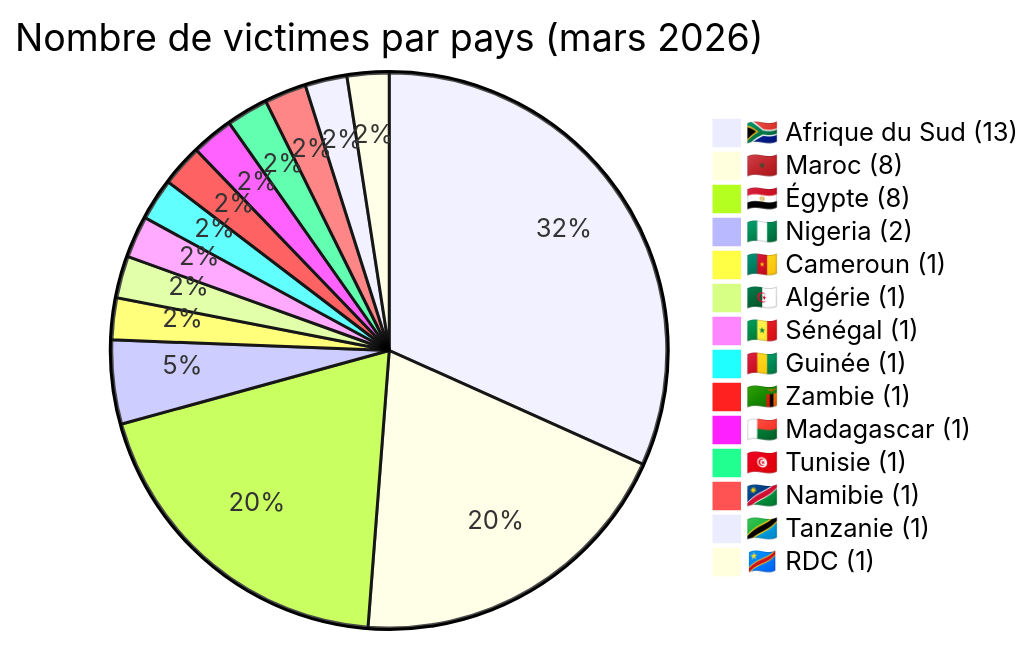
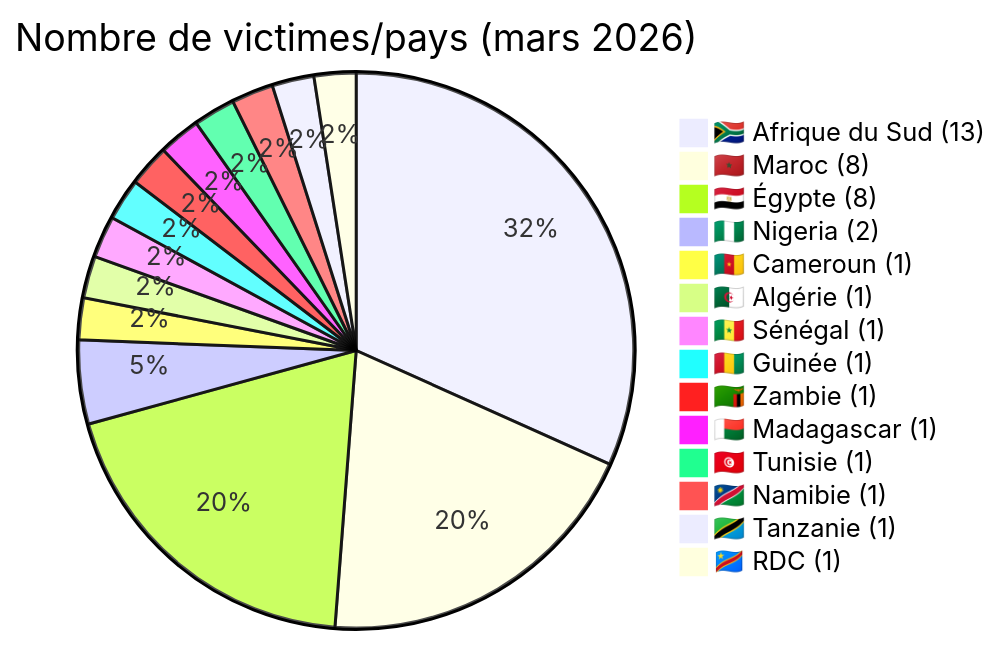
One commit to Hatchepsoute/AFRINTEL changed the first of 5 diagrams in reports/2026/03-march/README_FR.md. Above: the diagram before and after it, drawn with Mermaid. The commit also changed 1 other file, not shown here.

Commit message:
CTI Report - Cyberattacks in Africa (March 2026)

````diff
--- a/reports/2026/03-march/README_FR.md
+++ b/reports/2026/03-march/README_FR.md
@@ -61,18 +61,18 @@
 ```mermaid
 pie
-    title Nombre de victimes par pays (mars 2026)
+    title Nombre de victimes/pays (mars 2026)
     "🇿🇦 Afrique du Sud (13)" : 13
     "🇲🇦 Maroc (8)" : 8
     "🇪🇬 Égypte (8)" : 8
     "🇳🇬 Nigeria (2)" : 2
     "🇨🇲 Cameroun (1)" : 1
     "🇩🇿 Algérie (1)" : 1
     "🇸🇳 Sénégal (1)" : 1
     "🇬🇳 Guinée (1)" : 1
     "🇿🇲 Zambie (1)" : 1
     "🇲🇬 Madagascar (1)" : 1
     "🇹🇳 Tunisie (1)" : 1
     "🇳🇦 Namibie (1)" : 1
     "🇹🇿 Tanzanie (1)" : 1
     "🇨🇩 RDC (1)" : 1
 ```
````
